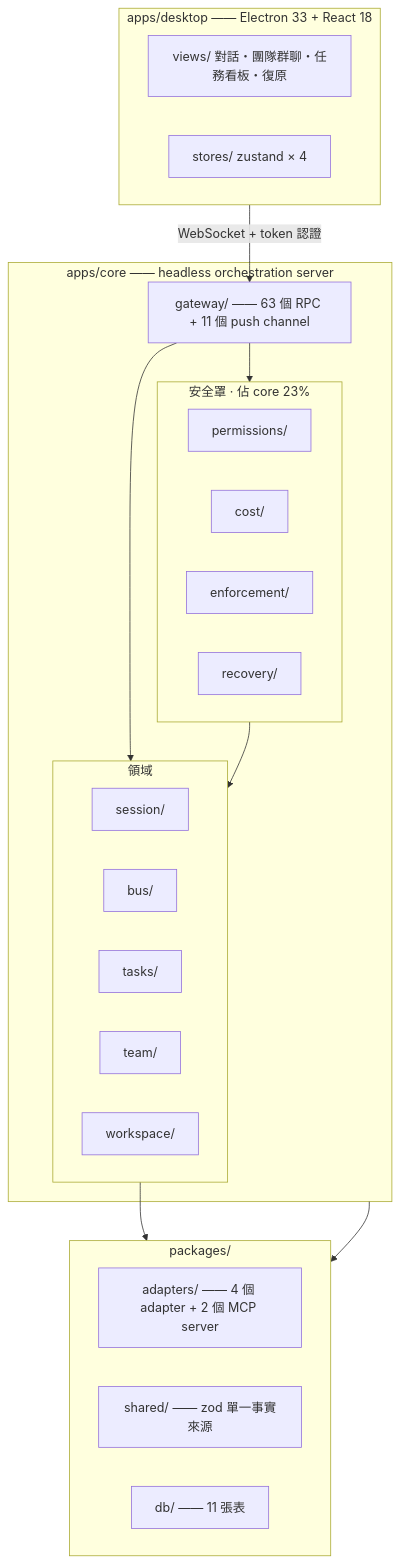
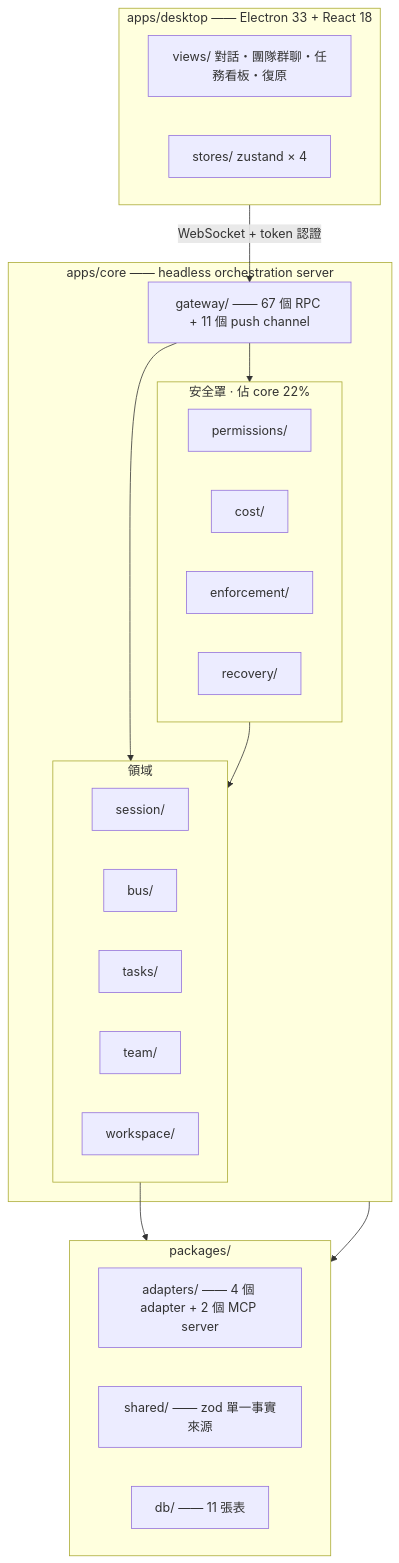
One commit to xing-101729/deskmony changed the second of 3 diagrams in README.zh-Hant.md. Above: the diagram before and after it, drawn with Mermaid. The commit also changed other lines of this file and 10 other files, not shown here.

````diff
--- a/README.zh-Hant.md
+++ b/README.zh-Hant.md
@@ -108,41 +108,41 @@
 ```mermaid
 flowchart TB
     subgraph SHELL["apps/desktop —— Electron 33 + React 18"]
         direction LR
         Views["views/ 對話・團隊群聊・任務看板・復原"]
         Stores["stores/ zustand × 4"]
     end
 
     subgraph CORE["apps/core —— headless orchestration server"]
-        GW["gateway/ —— 63 個 RPC + 11 個 push channel"]
+        GW["gateway/ —— 67 個 RPC + 11 個 push channel"]
         subgraph DOMAIN["領域"]
             direction LR
             Sess["session/"]
             Bus["bus/"]
             Task["tasks/"]
             Team["team/"]
             Work["workspace/"]
         end
-        subgraph SHIELD["安全罩 · 佔 core 23%"]
+        subgraph SHIELD["安全罩 · 佔 core 22%"]
             direction LR
             Perm["permissions/"]
             Cost["cost/"]
             Enf["enforcement/"]
             Rec["recovery/"]
         end
     end
 
     subgraph PKG["packages/"]
         direction LR
         Adapters["adapters/ —— 4 個 adapter + 2 個 MCP server"]
         Shared["shared/ —— zod 單一事實來源"]
         Db["db/ —— 11 張表"]
     end
 
     SHELL -- "WebSocket + token 認證" --> GW
     GW --> DOMAIN
     GW --> SHIELD
     SHIELD --> DOMAIN
     DOMAIN --> Adapters
     CORE --> Db
 ```
````
